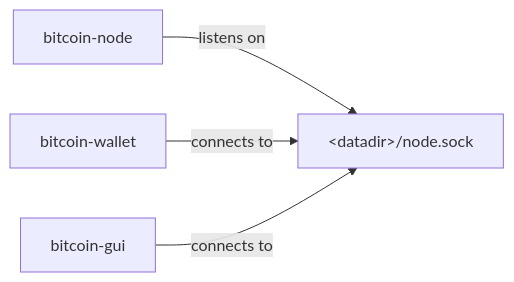
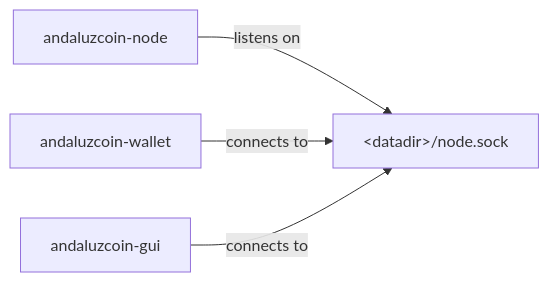
The first of 3 diagrams in doc/design/multiprocess.md (andaluzcoin/andaluzcoin), drawn with Mermaid before and after one commit. The commit also changed other lines of this file and 1024 other files, not shown here.

````diff
--- a/doc/design/multiprocess.md
+++ b/doc/design/multiprocess.md
@@ -50,6 +50,6 @@
 ```mermaid
 flowchart LR
-    node[bitcoin-node] -- listens on --> socket["&lt;datadir&gt;/node.sock"]
-    wallet[bitcoin-wallet] -- connects to --> socket
-    gui[bitcoin-gui] -- connects to --> socket
+    node[andaluzcoin-node] -- listens on --> socket["&lt;datadir&gt;/node.sock"]
+    wallet[andaluzcoin-wallet] -- connects to --> socket
+    gui[andaluzcoin-gui] -- connects to --> socket
 ```
````
